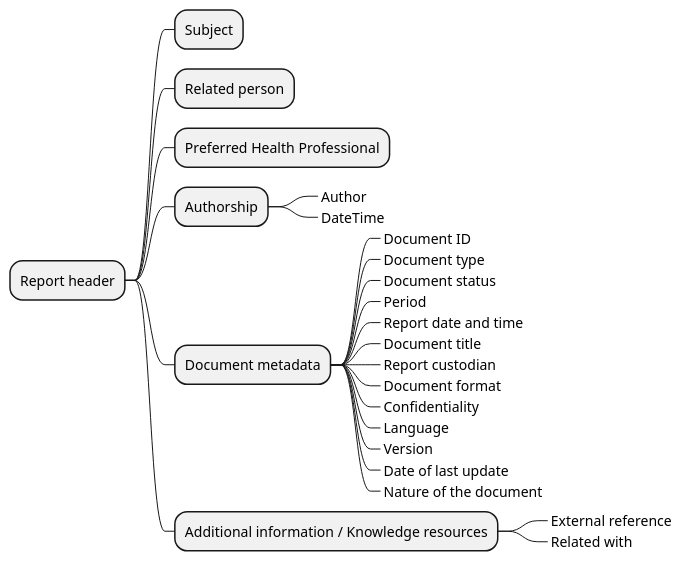
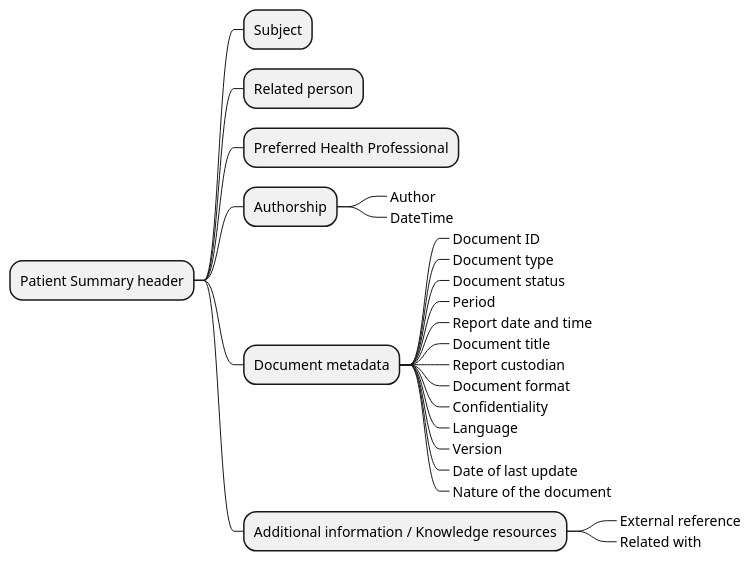
Before and after one commit to Xt-EHR/xt-ehr-common: the diagram in input/images-source/PsReportHeader_CIM.plantuml, drawn with PlantUML. The commit also changed 8 other files, not shown here.

```diff
--- a/input/images-source/PsReportHeader_CIM.plantuml
+++ b/input/images-source/PsReportHeader_CIM.plantuml
@@ -1,26 +1,26 @@
 @startmindmap
-* Report header
+* Patient Summary header
 ** Subject
 ** Related person
 ** Preferred Health Professional
 ** Authorship
 ***_ Author
 ***_ DateTime
 ** Document metadata
 ***_ Document ID
 ***_ Document type
 ***_ Document status
 ***_ Period
 ***_ Report date and time
 ***_ Document title
 ***_ Report custodian
 ***_ Document format
 ***_ Confidentiality
 ***_ Language
 ***_ Version
 ***_ Date of last update
 ***_ Nature of the document
 ** Additional information / Knowledge resources
 ***_ External reference
 ***_ Related with
 @endmindmap
```
